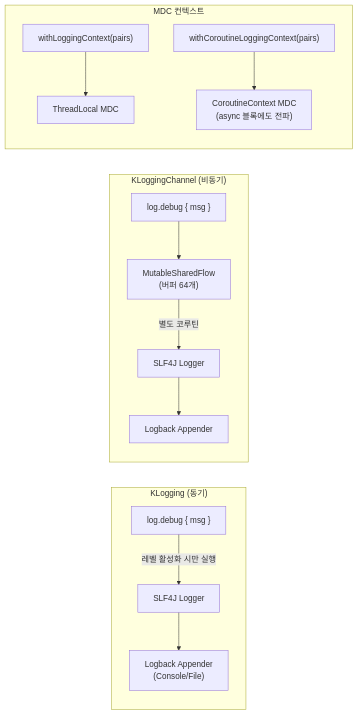
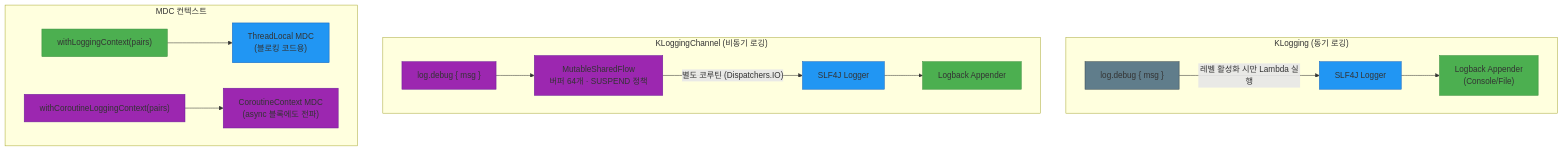
The second of 3 diagrams in bluetape4k/logging/README.md (bluetape4k/bluetape4k-projects), drawn with Mermaid before and after one commit. The commit also changed other lines of this file and 74 other files, not shown here.

First line of the commit message:
docs: bluetape4k/core/coroutines/logging, io/feign~vertx README 색상 Mermaid UML 추가

````diff
--- a/bluetape4k/logging/README.md
+++ b/bluetape4k/logging/README.md
@@ -55,18 +89,26 @@
 ```mermaid
-flowchart LR
-    subgraph KLogging["KLogging (동기)"]
-        A1["log.debug { msg }"] -->|"레벨 활성화 시만 실행"| SLF4J["SLF4J Logger"]
-        SLF4J --> APPENDER["Logback Appender<br/>(Console/File)"]
+flowchart TD
+    subgraph Sync["KLogging (동기 로깅)"]
+        direction LR
+        A1["log.debug { msg }"]:::coreStyle -->|"레벨 활성화 시만 Lambda 실행"| SLF4J["SLF4J Logger"]:::utilStyle
+        SLF4J --> APPENDER["Logback Appender<br/>(Console/File)"]:::serviceStyle
     end
 
-    subgraph KLoggingChannel["KLoggingChannel (비동기)"]
-        B1["log.debug { msg }"] --> CHANNEL["MutableSharedFlow<br/>(버퍼 64개)"]
-        CHANNEL -->|"별도 코루틴"| SLF4J2["SLF4J Logger"]
-        SLF4J2 --> APPENDER2["Logback Appender"]
+    subgraph Async["KLoggingChannel (비동기 로깅)"]
+        direction LR
+        B1["log.debug { msg }"]:::asyncStyle --> CHANNEL["MutableSharedFlow<br/>버퍼 64개 · SUSPEND 정책"]:::asyncStyle
+        CHANNEL -->|"별도 코루틴 (Dispatchers.IO)"| SLF4J2["SLF4J Logger"]:::utilStyle
+        SLF4J2 --> APPENDER2["Logback Appender"]:::serviceStyle
     end
 
-    subgraph MDC["MDC 컨텍스트"]
-        C1["withLoggingContext(pairs)"] --> TL["ThreadLocal MDC"]
-        C2["withCoroutineLoggingContext(pairs)"] --> CC["CoroutineContext MDC<br/>(async 블록에도 전파)"]
+    subgraph MDCContext["MDC 컨텍스트"]
+        direction LR
+        C1["withLoggingContext(pairs)"]:::serviceStyle --> TL["ThreadLocal MDC<br/>(블로킹 코드용)"]:::utilStyle
+        C2["withCoroutineLoggingContext(pairs)"]:::asyncStyle --> CC["CoroutineContext MDC<br/>(async 블록에도 전파)"]:::asyncStyle
     end
+
+    classDef coreStyle    fill:#607D8B,stroke:#37474F
+    classDef serviceStyle fill:#4CAF50,stroke:#388E3C
+    classDef utilStyle    fill:#2196F3,stroke:#1565C0
+    classDef asyncStyle   fill:#9C27B0,stroke:#6A1B9A
 ```
````
